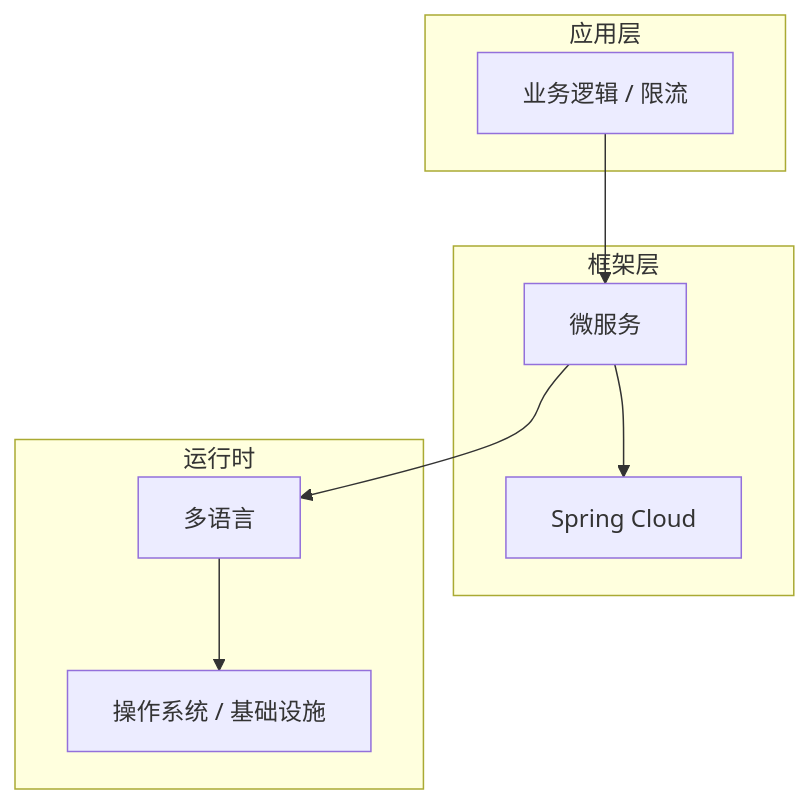
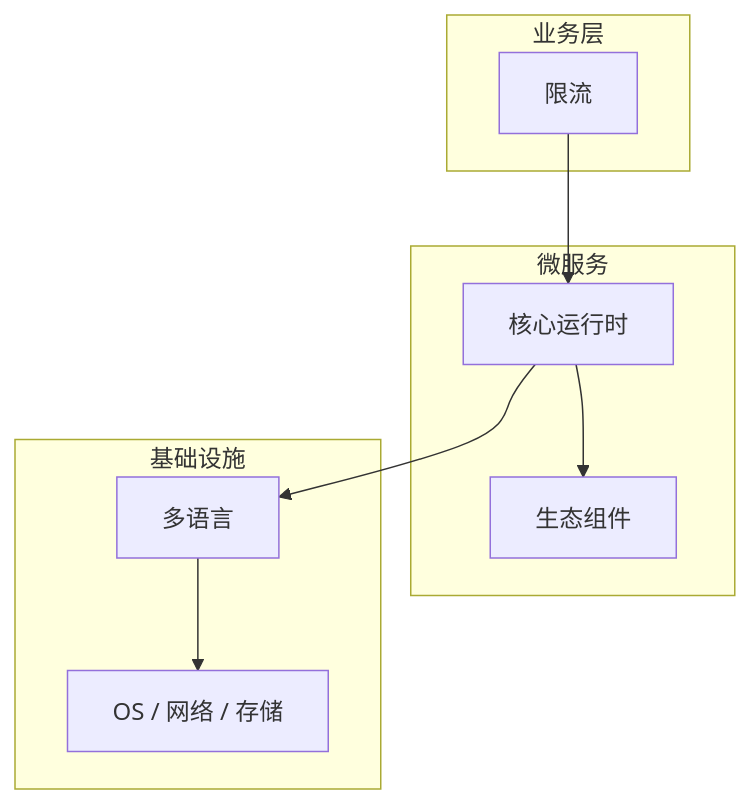
One commit to yanggan2015/knowledge-json-v2 changed the diagram in articles/微服务架构/chapters/058-限流核心概念与原理.md. Above: the diagram before and after it, drawn with Mermaid. The commit also changed other lines of this file and 10127 other files, not shown here.

````diff
--- a/articles/微服务架构/chapters/058-限流核心概念与原理.md
+++ b/articles/微服务架构/chapters/058-限流核心概念与原理.md
@@ -45,18 +34,18 @@
 ```mermaid
 graph TB
-    subgraph 应用层
-        A[业务逻辑 / 限流]
+    subgraph 业务层
+        A[限流]
     end
-    subgraph 框架层
-        B[微服务]
-        C[Spring Cloud]
+    subgraph 微服务
+        B[核心运行时]
+        C[生态组件]
     end
-    subgraph 运行时
+    subgraph 基础设施
         D[多语言]
-        E[操作系统 / 基础设施]
+        E[OS / 网络 / 存储]
     end
     A --> B
     B --> C
     B --> D
     D --> E
 ```
````
